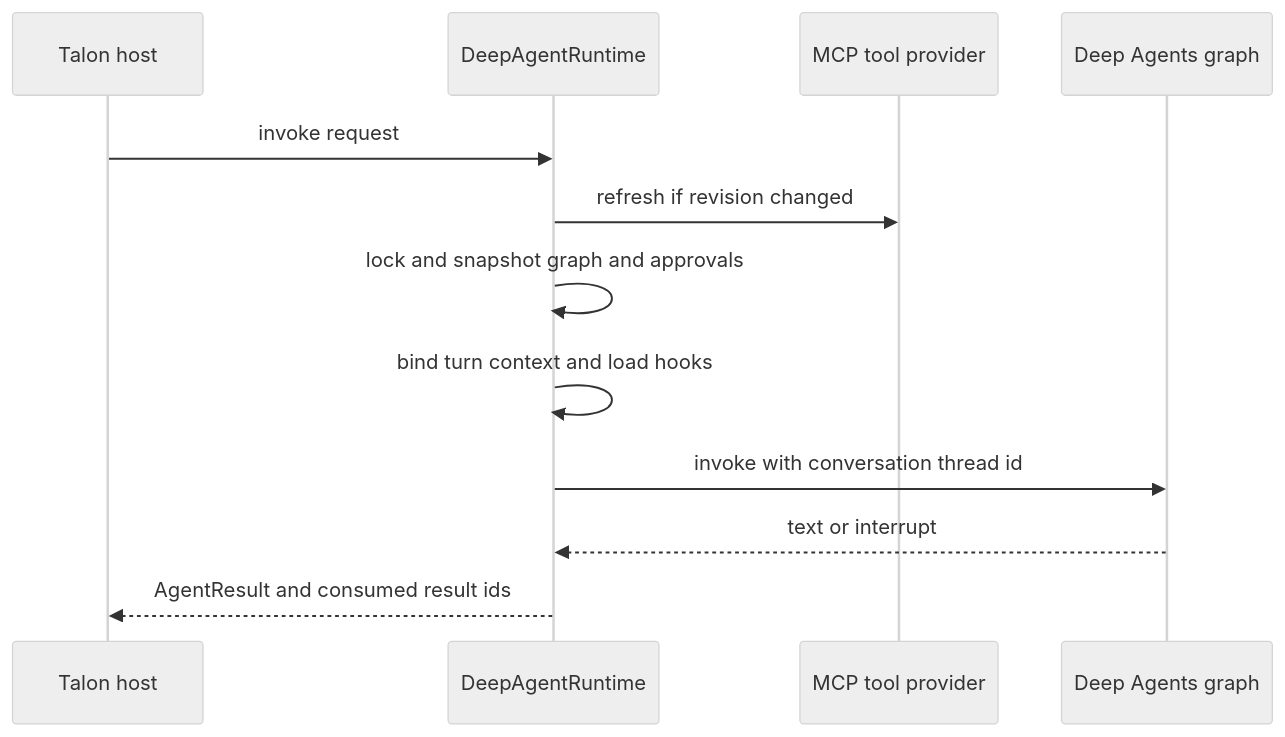
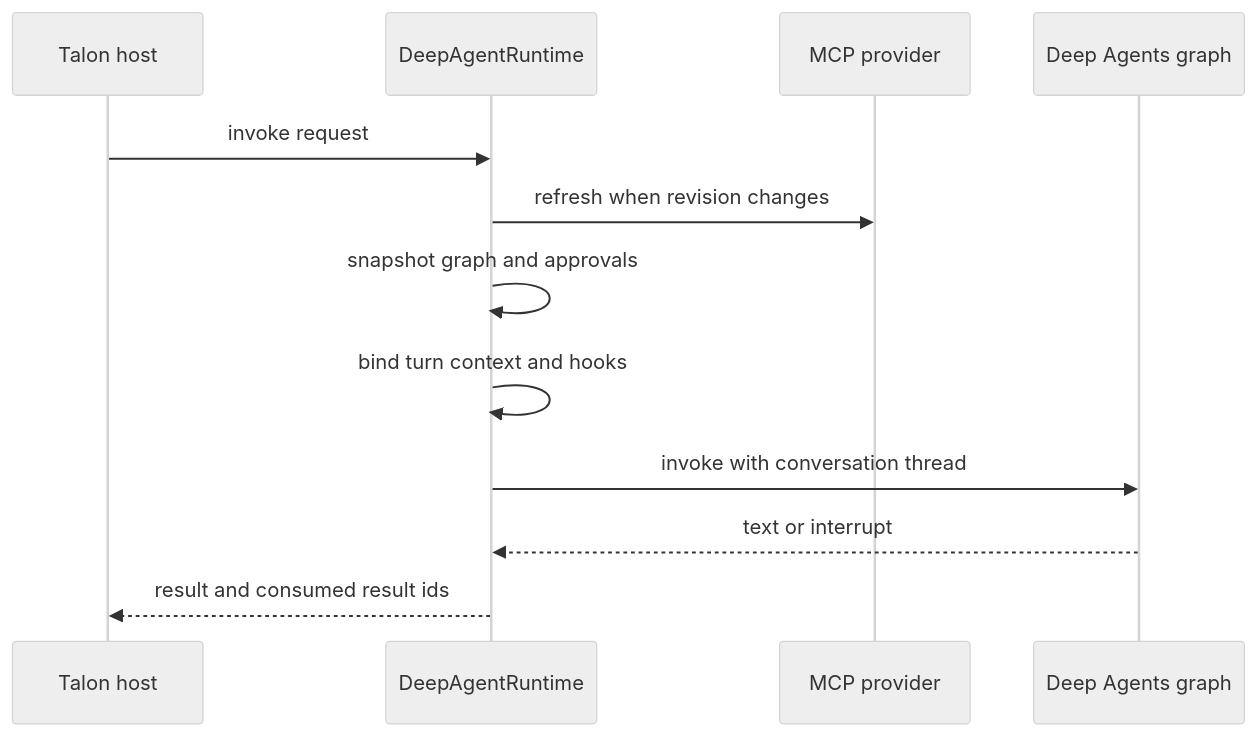
The second of 3 diagrams in openwiki/architecture/source-map.md (langchain-ai/deepagents), drawn with Mermaid (neutral theme) before and after one commit. The commit also changed other lines of this file and 46 other files, not shown here.

````diff
--- a/openwiki/architecture/source-map.md
+++ b/openwiki/architecture/source-map.md
@@ -129,14 +137,14 @@
 ```mermaid
 sequenceDiagram
   participant Host as Talon host
   participant Runtime as DeepAgentRuntime
-  participant Provider as MCP tool provider
+  participant Provider as MCP provider
   participant Graph as Deep Agents graph
   Host->>Runtime: invoke request
-  Runtime->>Provider: refresh if revision changed
-  Runtime->>Runtime: lock and snapshot graph and approvals
-  Runtime->>Runtime: bind turn context and load hooks
-  Runtime->>Graph: invoke with conversation thread id
+  Runtime->>Provider: refresh when revision changes
+  Runtime->>Runtime: snapshot graph and approvals
+  Runtime->>Runtime: bind turn context and hooks
+  Runtime->>Graph: invoke with conversation thread
   Graph-->>Runtime: text or interrupt
-  Runtime-->>Host: AgentResult and consumed result ids
+  Runtime-->>Host: result and consumed result ids
 ```
````
